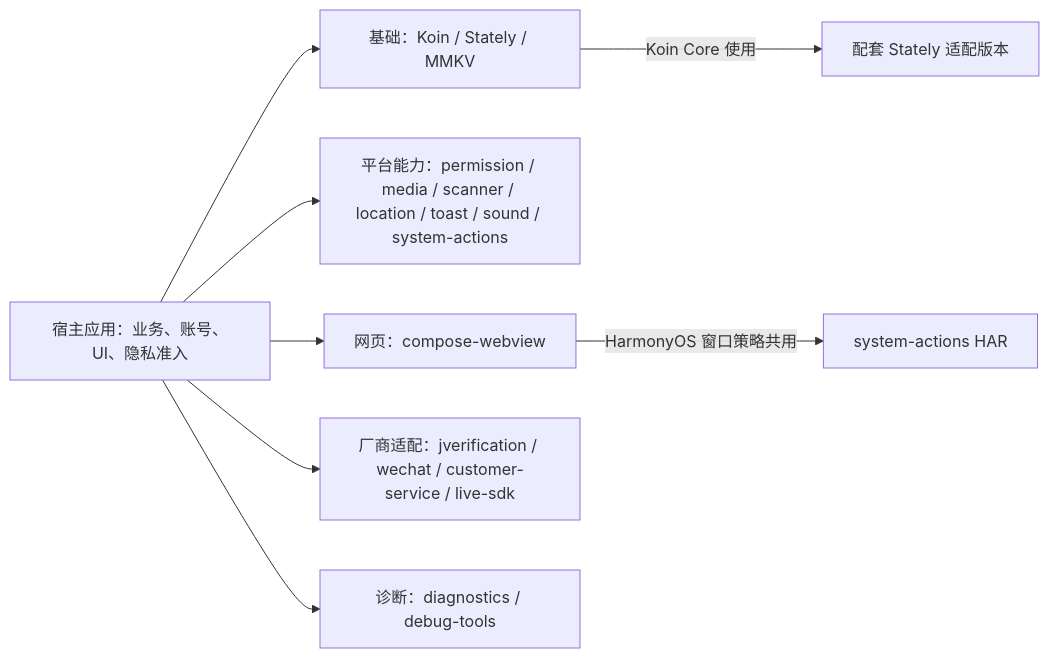
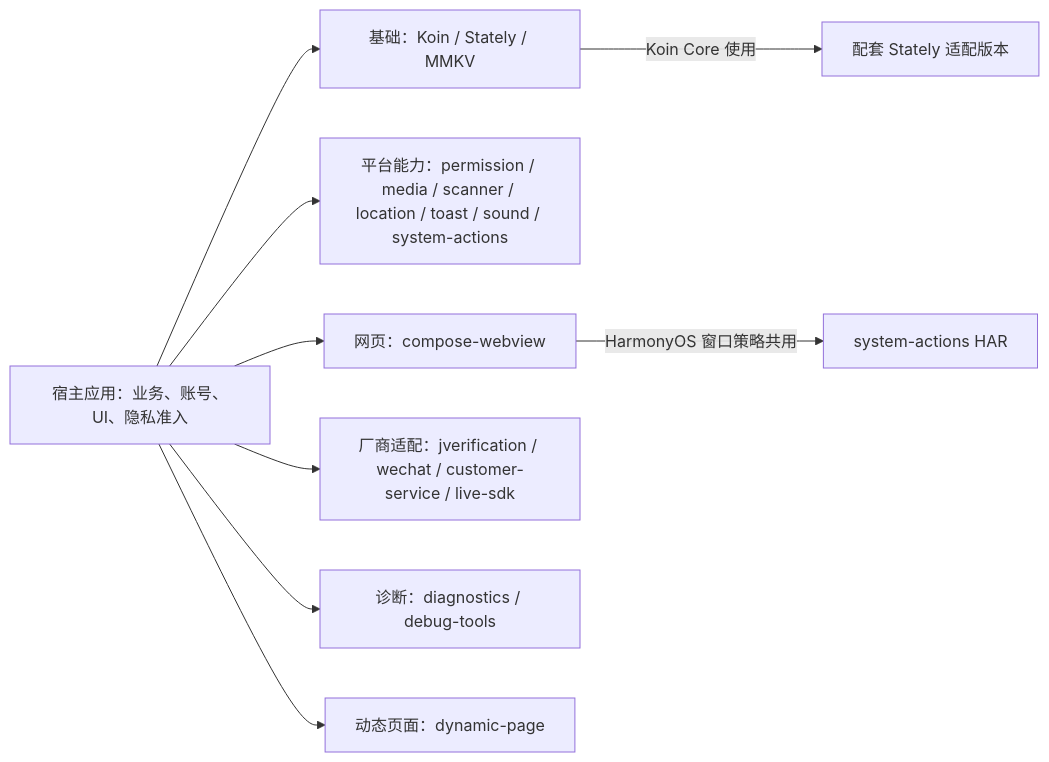
One commit to gycrosskit/.github changed the first of 2 diagrams in profile/README.md. Above: the diagram before and after it, drawn with Mermaid. The commit also changed other lines of this file and 19 other files, not shown here.

````diff
--- a/profile/README.md
+++ b/profile/README.md
@@ -17,10 +17,11 @@
 ```mermaid
 flowchart LR
     App["宿主应用：业务、账号、UI、隐私准入"] --> Foundation["基础：Koin / Stately / MMKV"]
     App --> Platform["平台能力：permission / media / scanner / location / toast / sound / system-actions"]
     App --> Web["网页：compose-webview"]
     App --> Vendor["厂商适配：jverification / wechat / customer-service / live-sdk"]
     App --> Diagnostics["诊断：diagnostics / debug-tools"]
+    App --> Dynamic["动态页面：dynamic-page"]
     Web -->|"HarmonyOS 窗口策略共用"| Window["system-actions HAR"]
     Foundation -->|"Koin Core 使用"| Stately["配套 Stately 适配版本"]
 ```
````
